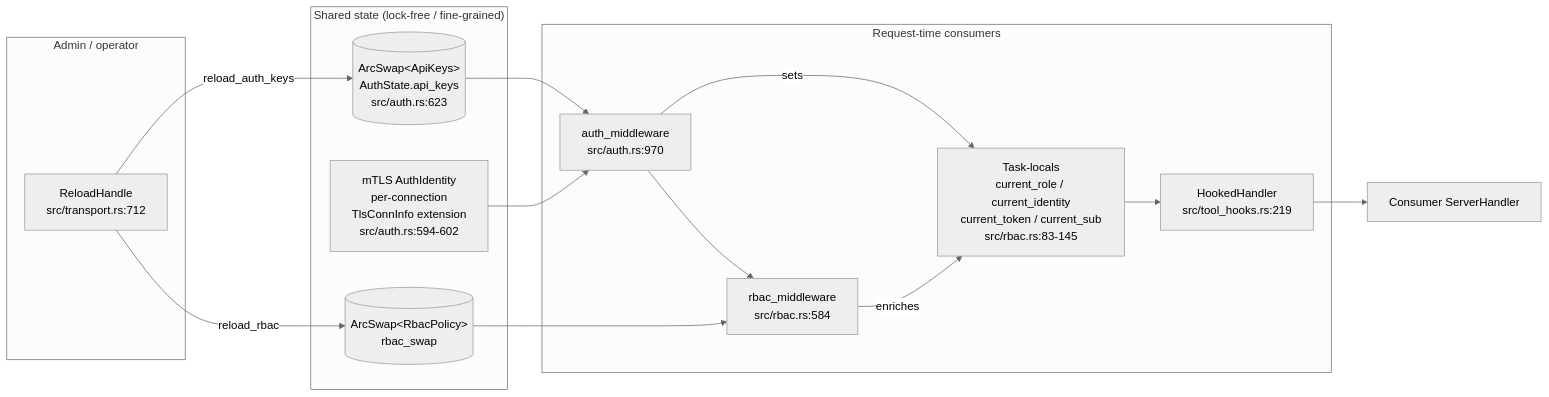
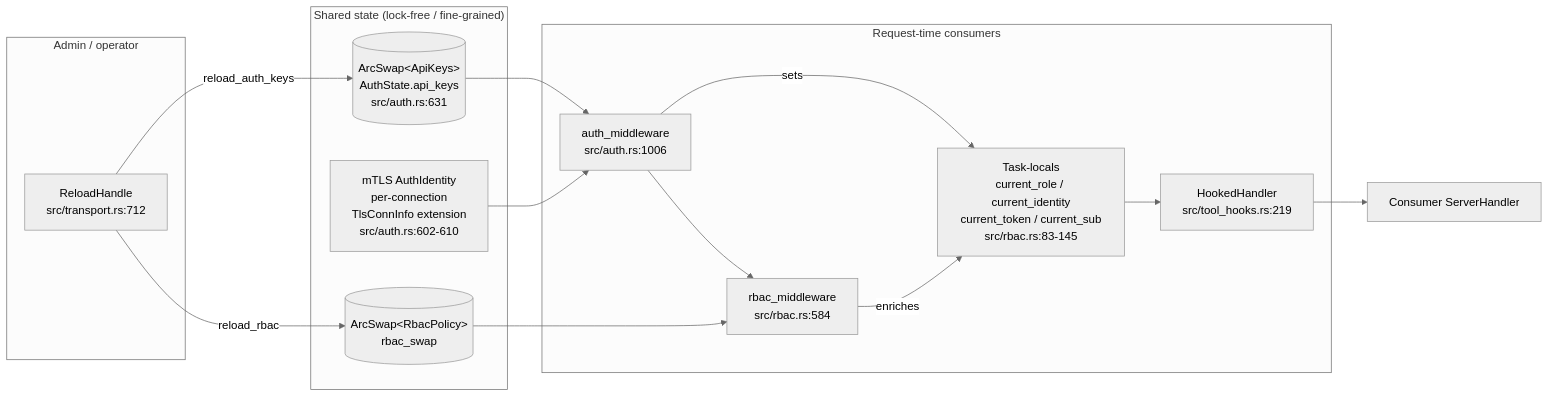
The third of 4 diagrams in docs/MINDMAP.md (andrico21/rmcp-server-kit), drawn with Mermaid (neutral theme) before and after one commit. The commit also changed other lines of this file and 5 other files, not shown here.

````diff
--- a/docs/MINDMAP.md
+++ b/docs/MINDMAP.md
@@ -327,31 +327,31 @@
 ```mermaid
 flowchart LR
     subgraph Admin["Admin / operator"]
         RH[ReloadHandle<br/>src/transport.rs:712]
     end
 
     subgraph SharedState["Shared state (lock-free / fine-grained)"]
-        AKS[(ArcSwap&lt;ApiKeys&gt;<br/>AuthState.api_keys<br/>src/auth.rs:623)]
+        AKS[(ArcSwap&lt;ApiKeys&gt;<br/>AuthState.api_keys<br/>src/auth.rs:631)]
         RBS[(ArcSwap&lt;RbacPolicy&gt;<br/>rbac_swap)]
-        MTL[mTLS AuthIdentity<br/>per-connection<br/>TlsConnInfo extension<br/>src/auth.rs:594-602]
+        MTL[mTLS AuthIdentity<br/>per-connection<br/>TlsConnInfo extension<br/>src/auth.rs:602-610]
     end
 
     subgraph Hot["Request-time consumers"]
-        AM[auth_middleware<br/>src/auth.rs:970]
+        AM[auth_middleware<br/>src/auth.rs:1006]
         BM[rbac_middleware<br/>src/rbac.rs:584]
         TL["Task-locals<br/>current_role / current_identity<br/>current_token / current_sub<br/>src/rbac.rs:83-145"]
         TH[HookedHandler<br/>src/tool_hooks.rs:219]
     end
 
     RH -- reload_auth_keys --> AKS
     RH -- reload_rbac --> RBS
 
     AKS --> AM
     MTL --> AM
     AM -- sets --> TL
     AM --> BM
     RBS --> BM
     BM -- enriches --> TL
     TL --> TH
     TH --> Consumer[Consumer ServerHandler]
 ```
````
